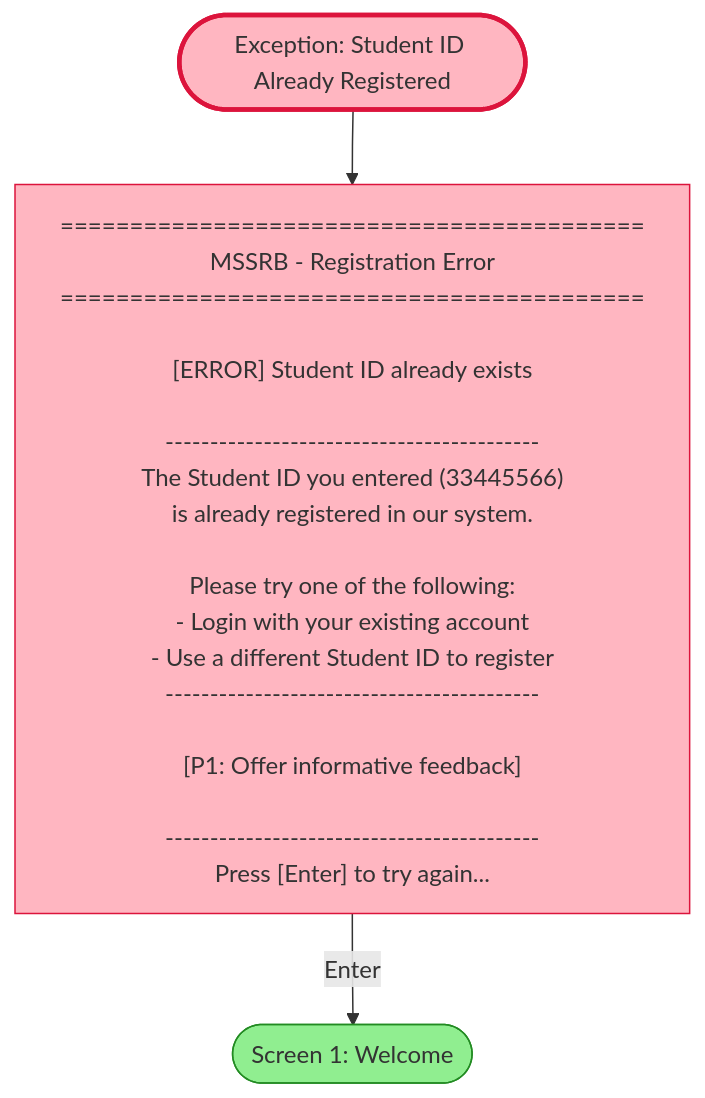
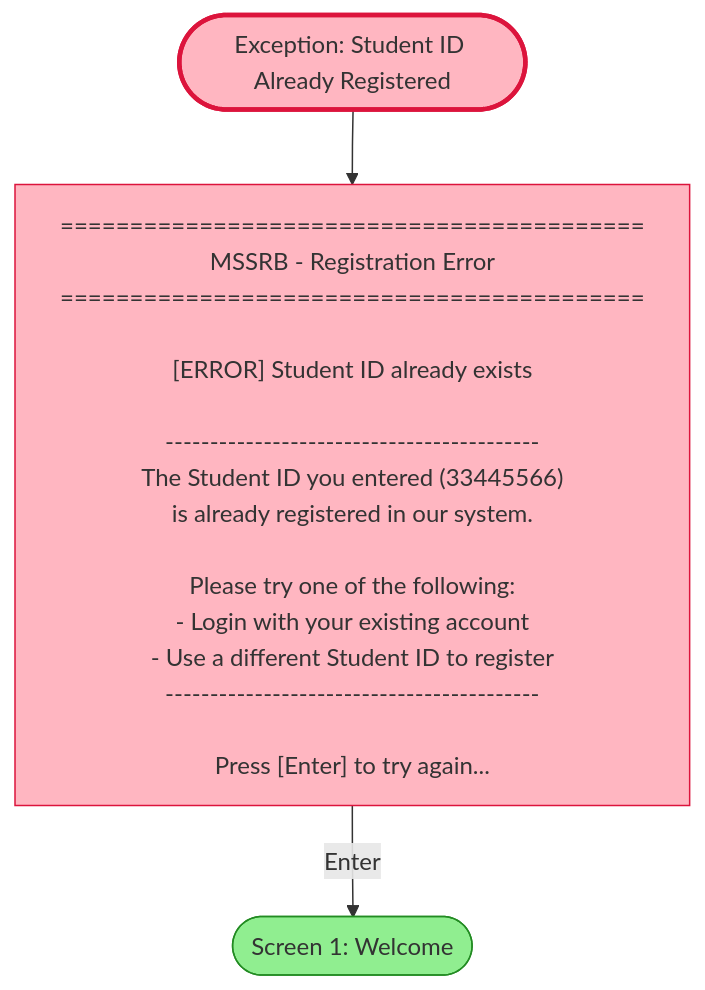
Before and after one commit to alii0110-monash/fit5136-study-room-booking: the diagram in mermaid/member_a/exception_duplicate_id.mmd, drawn with Mermaid. The commit also changed 12 other files, not shown here.

```diff
--- a/mermaid/member_a/exception_duplicate_id.mmd
+++ b/mermaid/member_a/exception_duplicate_id.mmd
@@ -1,33 +1,30 @@
 flowchart TB
     ERROR_ID(["Exception: Student ID Already Registered"])
 
     E1["
 ==========================================
 MSSRB - Registration Error
 ==========================================
 
 [ERROR] Student ID already exists
 
 ------------------------------------------
 The Student ID you entered (33445566)
 is already registered in our system.
 
 Please try one of the following:
 - Login with your existing account
 - Use a different Student ID to register
 ------------------------------------------
 
-[P1: Offer informative feedback]
-
-------------------------------------------
 Press [Enter] to try again...
     "]
 
     WELCOME(["Screen 1: Welcome"])
 
     ERROR_ID --> E1
     E1 -->|"Enter"| WELCOME
 
     style ERROR_ID fill:#FFB6C1,stroke:#DC143C,stroke-width:3px
     style E1 fill:#FFB6C1,stroke:#DC143C
     style WELCOME fill:#90EE90,stroke:#228B22
```
